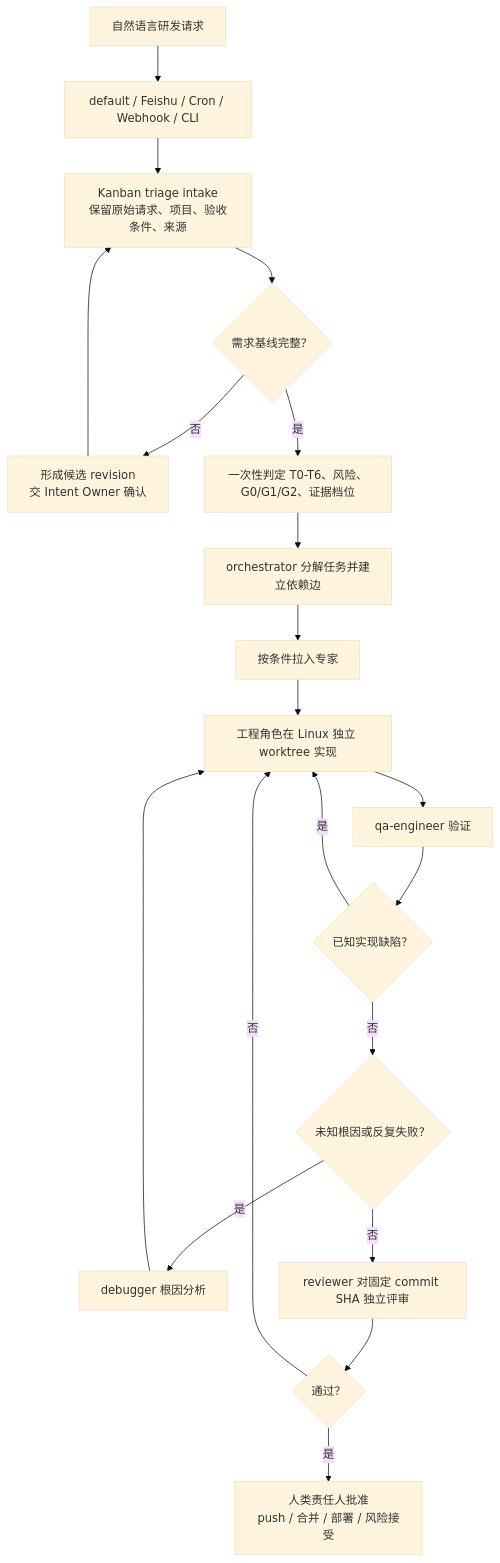
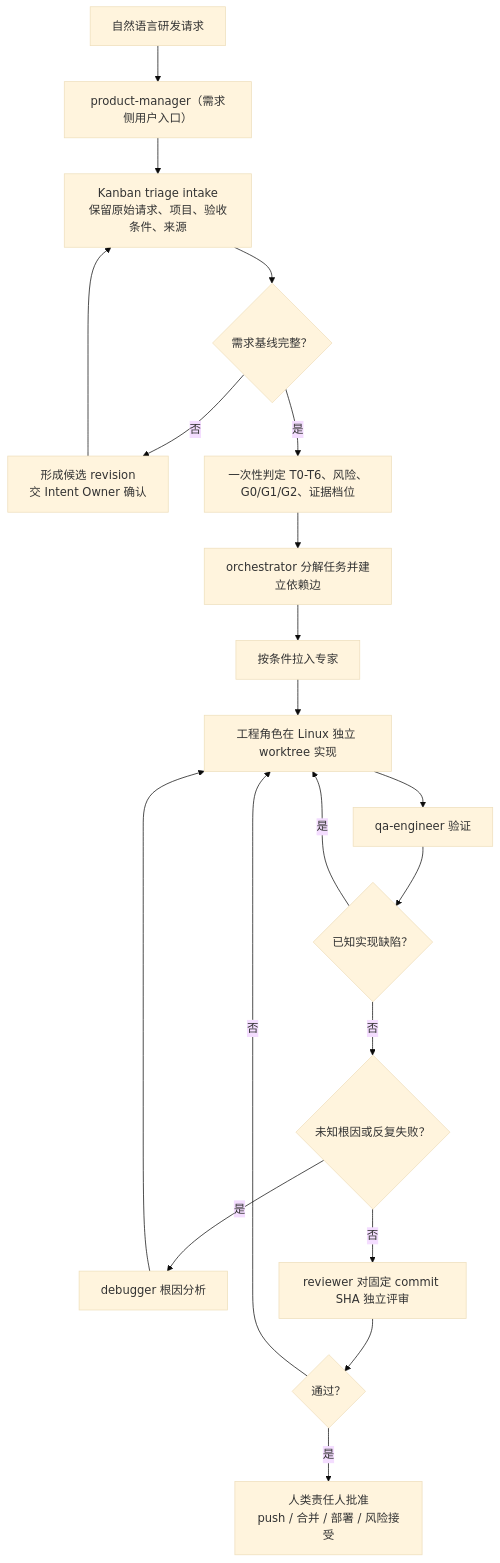
Before and after one commit to lovelybowen/hermes-profiles: the second of 4 diagrams in docs/hermes-profiles-guide.md, drawn with Mermaid (base theme). The commit also changed other lines of this file and 87 other files, not shown here.

First line of the commit message:
新增 product-manager 角色：需求侧入口重构、L0 快速通道与技能池更新

````diff
--- a/docs/hermes-profiles-guide.md
+++ b/docs/hermes-profiles-guide.md
@@ -95,22 +97,22 @@
 ```mermaid
 flowchart TD
-    request["自然语言研发请求"] --> ingress["default / Feishu / Cron / Webhook / CLI"]
+    request["自然语言研发请求"] --> ingress["product-manager（需求侧用户入口）"]
     ingress --> intake["Kanban triage intake<br/>保留原始请求、项目、验收条件、来源"]
     intake --> baseline{"需求基线完整？"}
     baseline -- "否" --> decision["形成候选 revision<br/>交 Intent Owner 确认"]
     decision --> intake
     baseline -- "是" --> classify["一次性判定 T0-T6、风险、G0/G1/G2、证据档位"]
     classify --> decompose["orchestrator 分解任务并建立依赖边"]
     decompose --> route["按条件拉入专家"]
     route --> implement["工程角色在 Linux 独立 worktree 实现"]
     implement --> qa["qa-engineer 验证"]
     qa --> known{"已知实现缺陷？"}
     known -- "是" --> implement
     known -- "否" --> unknown{"未知根因或反复失败？"}
     unknown -- "是" --> debugger["debugger 根因分析"]
     debugger --> implement
     unknown -- "否" --> review["reviewer 对固定 commit SHA 独立评审"]
     review --> verdict{"通过？"}
     verdict -- "否" --> implement
     verdict -- "是" --> human["人类责任人批准<br/>push / 合并 / 部署 / 风险接受"]
 ```
````
